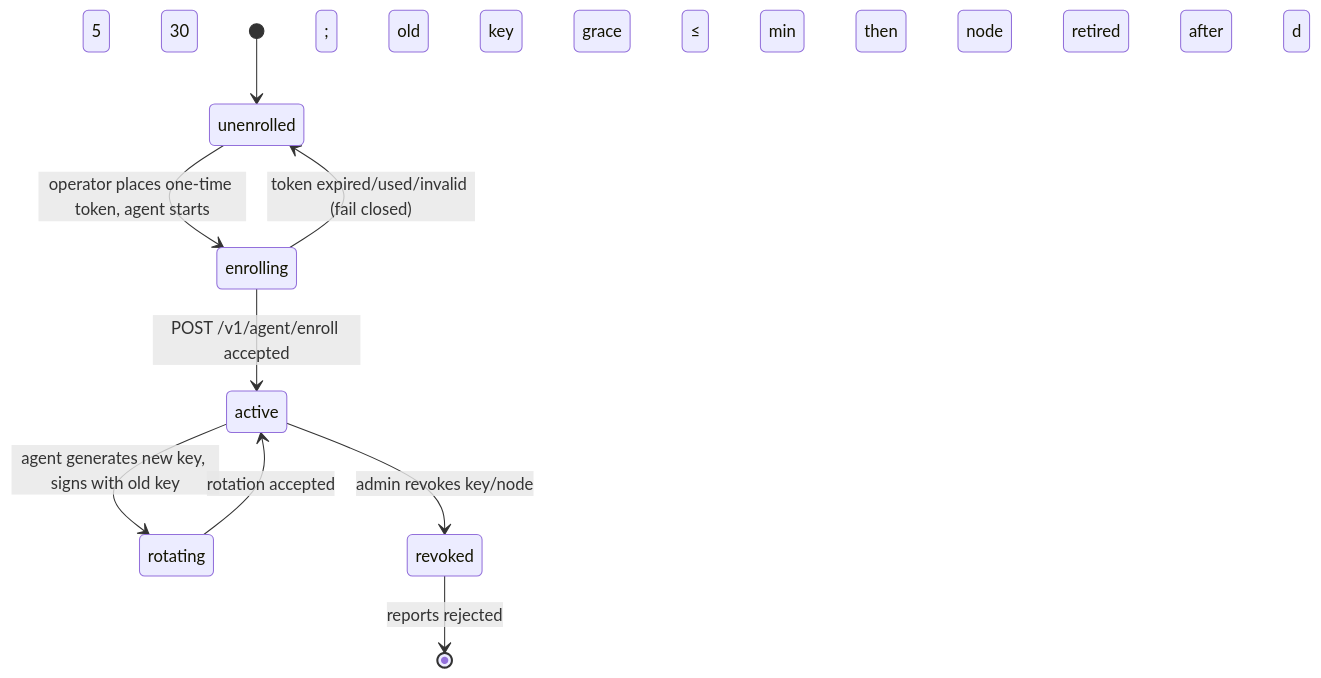
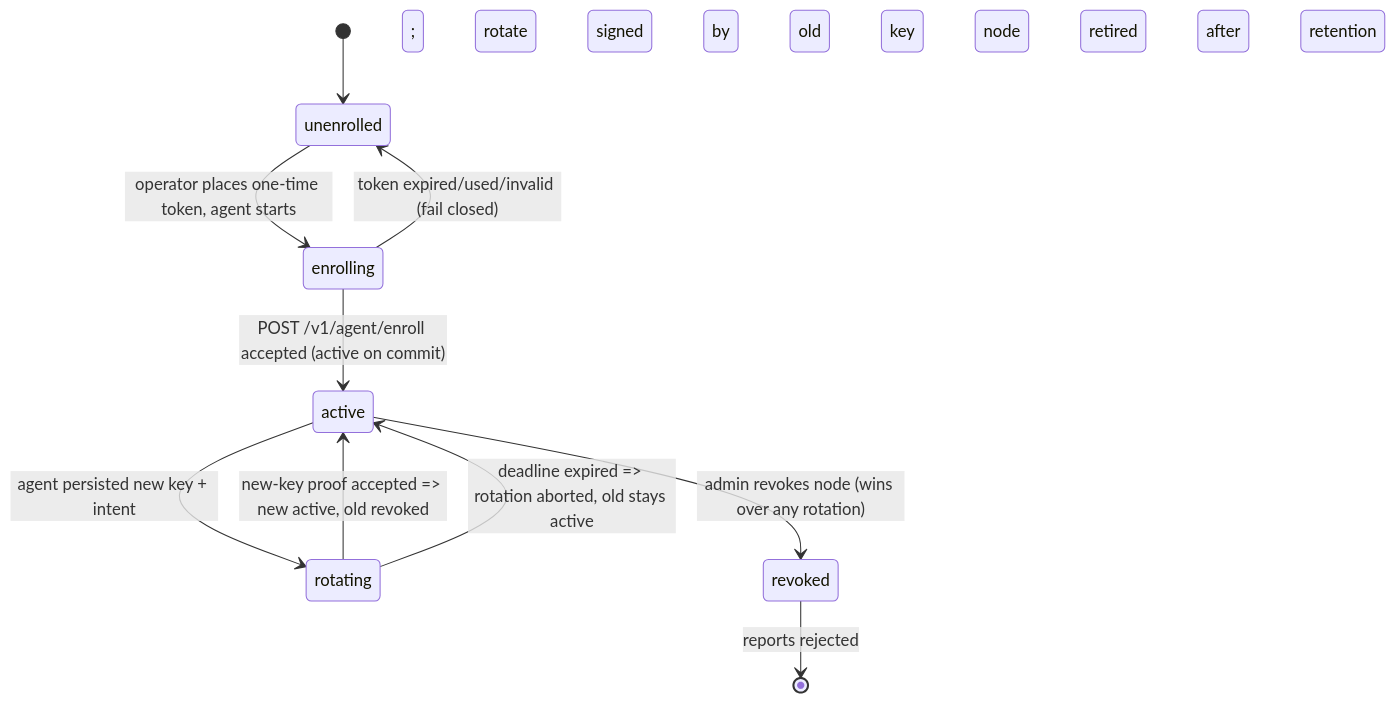
Before and after one commit to yikkrrtykj/install-singboxhysteria2: the third of 3 diagrams in docs/um/um-a/03-architecture-and-trust-boundaries.md, drawn with Mermaid. The commit also changed other lines of this file and 10 other files, not shown here.

````diff
--- a/docs/um/um-a/03-architecture-and-trust-boundaries.md
+++ b/docs/um/um-a/03-architecture-and-trust-boundaries.md
@@ -231,11 +231,12 @@
 ```mermaid
 stateDiagram-v2
   [*] --> unenrolled
   unenrolled --> enrolling: operator places one-time token, agent starts
-  enrolling --> active: POST /v1/agent/enroll accepted
+  enrolling --> active: POST /v1/agent/enroll accepted (active on commit)
   enrolling --> unenrolled: token expired/used/invalid (fail closed)
-  active --> rotating: agent generates new key, signs with old key
-  rotating --> active: rotation accepted; old key grace ≤ 5 min then revoked
-  active --> revoked: admin revokes key/node
-  revoked --> [*]: reports rejected; node retired after 30 d
+  active --> rotating: agent persisted new key + intent; rotate signed by old key
+  rotating --> active: new-key proof accepted => new active, old revoked
+  rotating --> active: deadline expired => rotation aborted, old stays active
+  active --> revoked: admin revokes node (wins over any rotation)
+  revoked --> [*]: reports rejected; node retired after retention
 ```
````
